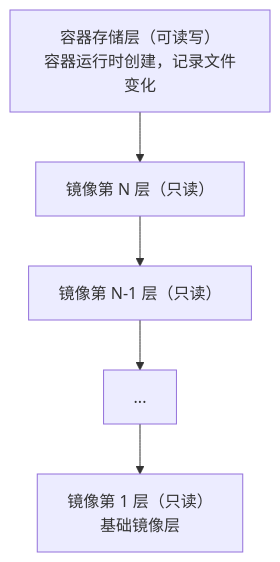
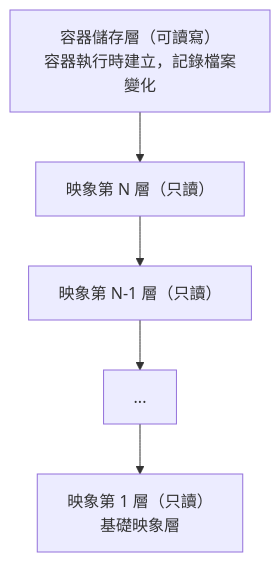
One commit to doggy8088/docker_practice changed the third of 4 diagrams in 02_basic_concept/2.2_container.md. Above: the diagram before and after it, drawn with Mermaid. The commit also changed other lines of this file and 210 other files, not shown here.

````diff
--- a/02_basic_concept/2.2_container.md
+++ b/02_basic_concept/2.2_container.md
@@ -87,10 +87,10 @@
 ```mermaid
 flowchart TD
-    ContainerLayer["容器存储层（可读写）<br/>容器运行时创建，记录文件变化"]
-    ImageLayerN["镜像第 N 层（只读）"]
-    ImageLayerN1["镜像第 N-1 层（只读）"]
+    ContainerLayer["容器儲存層（可讀寫）<br/>容器執行時建立，記錄檔案變化"]
+    ImageLayerN["映象第 N 層（只讀）"]
+    ImageLayerN1["映象第 N-1 層（只讀）"]
     Dots["..."]
-    ImageLayer1["镜像第 1 层（只读）<br/>基础镜像层"]
+    ImageLayer1["映象第 1 層（只讀）<br/>基礎映象層"]
     
     ContainerLayer --> ImageLayerN --> ImageLayerN1 --> Dots --> ImageLayer1
 ```
````
